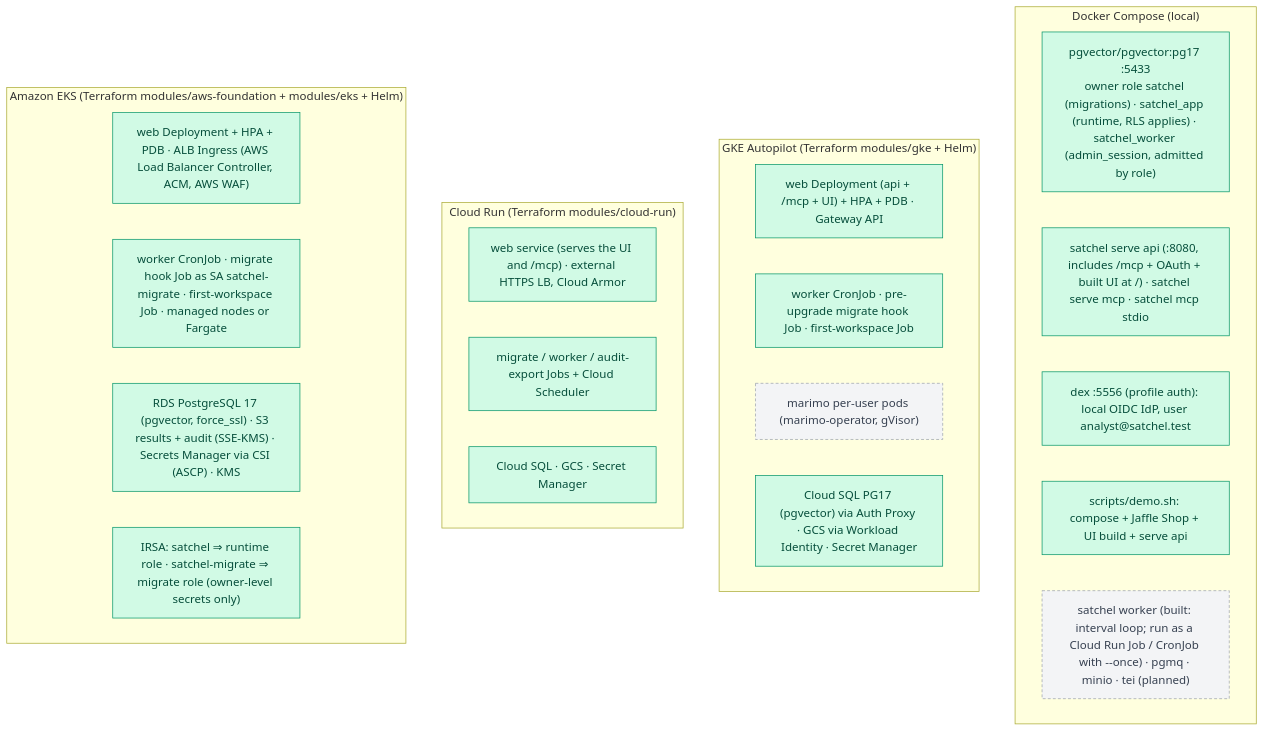
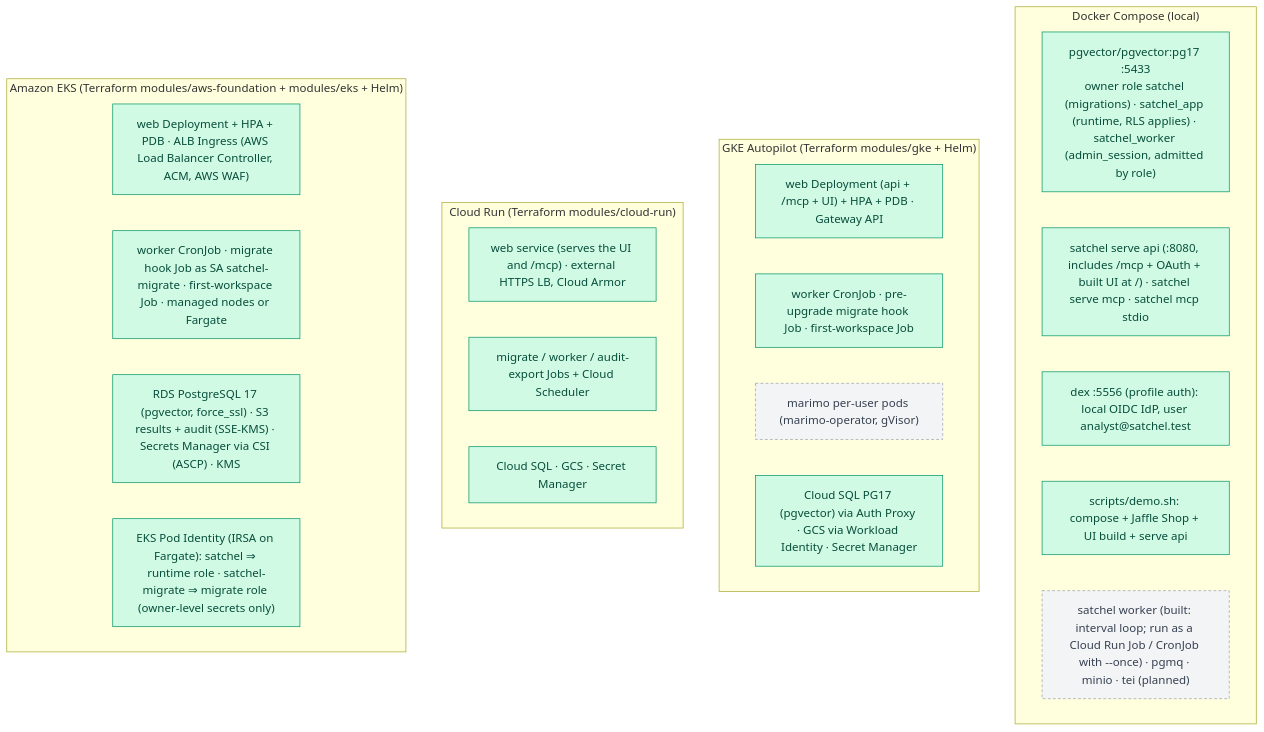
The fourth of 4 diagrams in docs/architecture/system.md (getsatchel/satchel), drawn with Mermaid before and after one commit. The commit also changed other lines of this file and 13 other files, not shown here.

First line of the commit message:
EKS: Pod Identity by default, and fixes from a real deploy (#58)

````diff
--- a/docs/architecture/system.md
+++ b/docs/architecture/system.md
@@ -375,30 +375,30 @@
 ```mermaid
 flowchart TB
   classDef built fill:#d1fae5,stroke:#059669,color:#064e3b
   classDef planned fill:#f3f4f6,stroke:#9ca3af,color:#374151,stroke-dasharray:4 3
 
   subgraph Compose["Docker Compose (local)"]
     c1["pgvector/pgvector:pg17 :5433<br/>owner role satchel (migrations) · satchel_app (runtime, RLS applies) · satchel_worker (admin_session, admitted by role)"]:::built
     c3["satchel serve api (:8080, includes /mcp + OAuth + built UI at /) · satchel serve mcp · satchel mcp stdio"]:::built
     c4["dex :5556 (profile auth): local OIDC IdP, user analyst@satchel.test"]:::built
     c5["scripts/demo.sh: compose + Jaffle Shop + UI build + serve api"]:::built
     c2["satchel worker (built: interval loop; run as a Cloud Run Job / CronJob with --once) · pgmq · minio · tei (planned)"]:::planned
   end
   subgraph GKE["GKE Autopilot (Terraform modules/gke + Helm)"]
     g1["web Deployment (api + /mcp + UI) + HPA + PDB · Gateway API"]:::built
     g2["worker CronJob · pre-upgrade migrate hook Job · first-workspace Job"]:::built
     g3["marimo per-user pods (marimo-operator, gVisor)"]:::planned
     g4["Cloud SQL PG17 (pgvector) via Auth Proxy · GCS via Workload Identity · Secret Manager"]:::built
   end
   subgraph CR["Cloud Run (Terraform modules/cloud-run)"]
     r1["web service (serves the UI and /mcp) · external HTTPS LB, Cloud Armor"]:::built
     r2["migrate / worker / audit-export Jobs + Cloud Scheduler"]:::built
     r3["Cloud SQL · GCS · Secret Manager"]:::built
   end
   subgraph EKS["Amazon EKS (Terraform modules/aws-foundation + modules/eks + Helm)"]
     e1["web Deployment + HPA + PDB · ALB Ingress (AWS Load Balancer Controller, ACM, AWS WAF)"]:::built
     e2["worker CronJob · migrate hook Job as SA satchel-migrate · first-workspace Job · managed nodes or Fargate"]:::built
     e3["RDS PostgreSQL 17 (pgvector, force_ssl) · S3 results + audit (SSE-KMS) · Secrets Manager via CSI (ASCP) · KMS"]:::built
-    e4["IRSA: satchel ⇒ runtime role · satchel-migrate ⇒ migrate role (owner-level secrets only)"]:::built
+    e4["EKS Pod Identity (IRSA on Fargate): satchel ⇒ runtime role · satchel-migrate ⇒ migrate role (owner-level secrets only)"]:::built
   end
 ```
````
